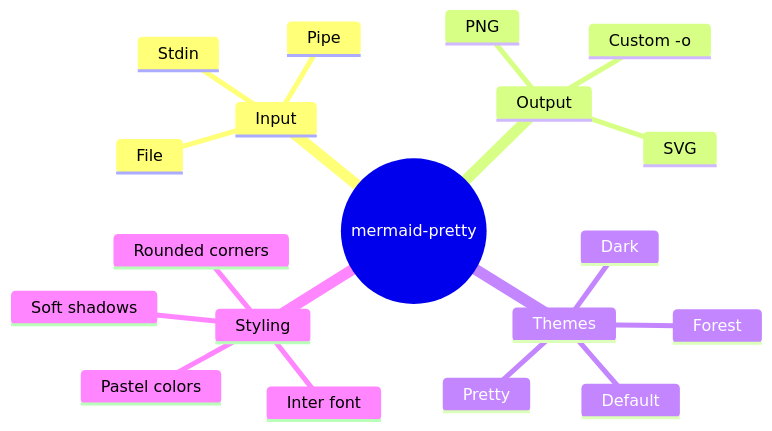
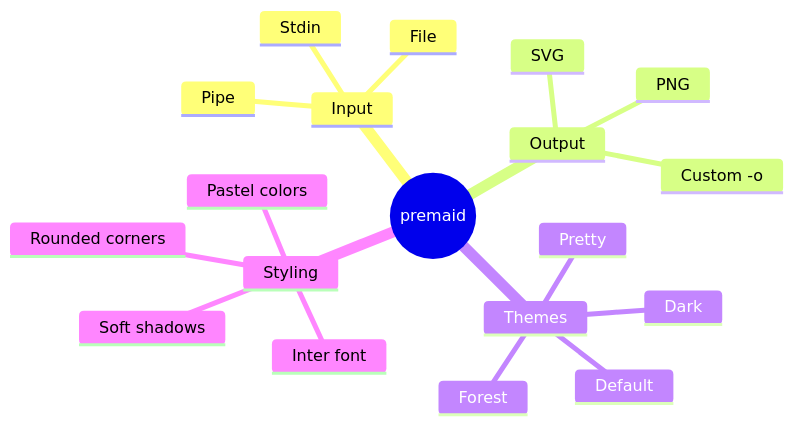
One commit to O6lvl4/premaid changed the eighth of 12 diagrams in docs/catalog/README.md. Above: the diagram before and after it, drawn with Mermaid. The commit also changed other lines of this file and 8 other files, not shown here.

Commit message:
Rename package and CLI from mermaid-pretty/mmp to premaid

````diff
--- a/docs/catalog/README.md
+++ b/docs/catalog/README.md
@@ -213,22 +213,22 @@
 ```mermaid
 mindmap
-  root((mermaid-pretty))
+  root((premaid))
     Input
       File
       Stdin
       Pipe
     Output
       SVG
       PNG
       Custom -o
     Themes
       Pretty
       Dark
       Default
       Forest
     Styling
       Soft shadows
       Rounded corners
       Inter font
       Pastel colors
 ```
````
